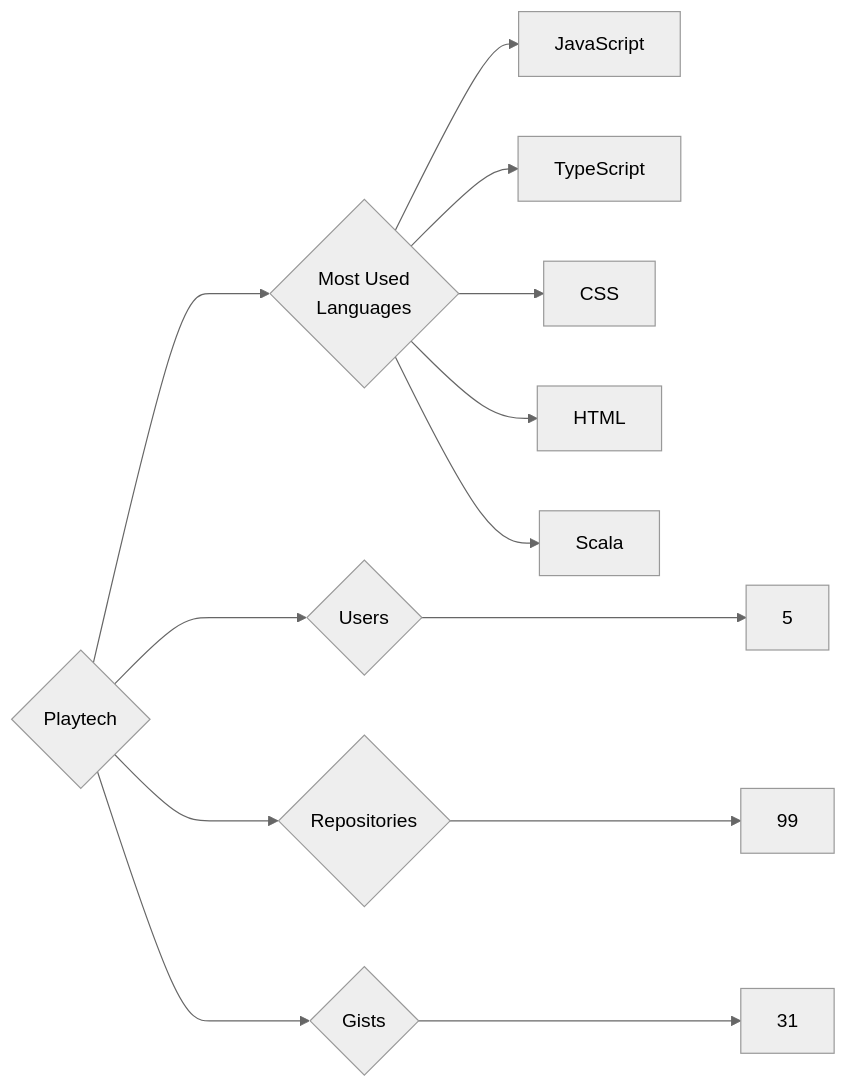
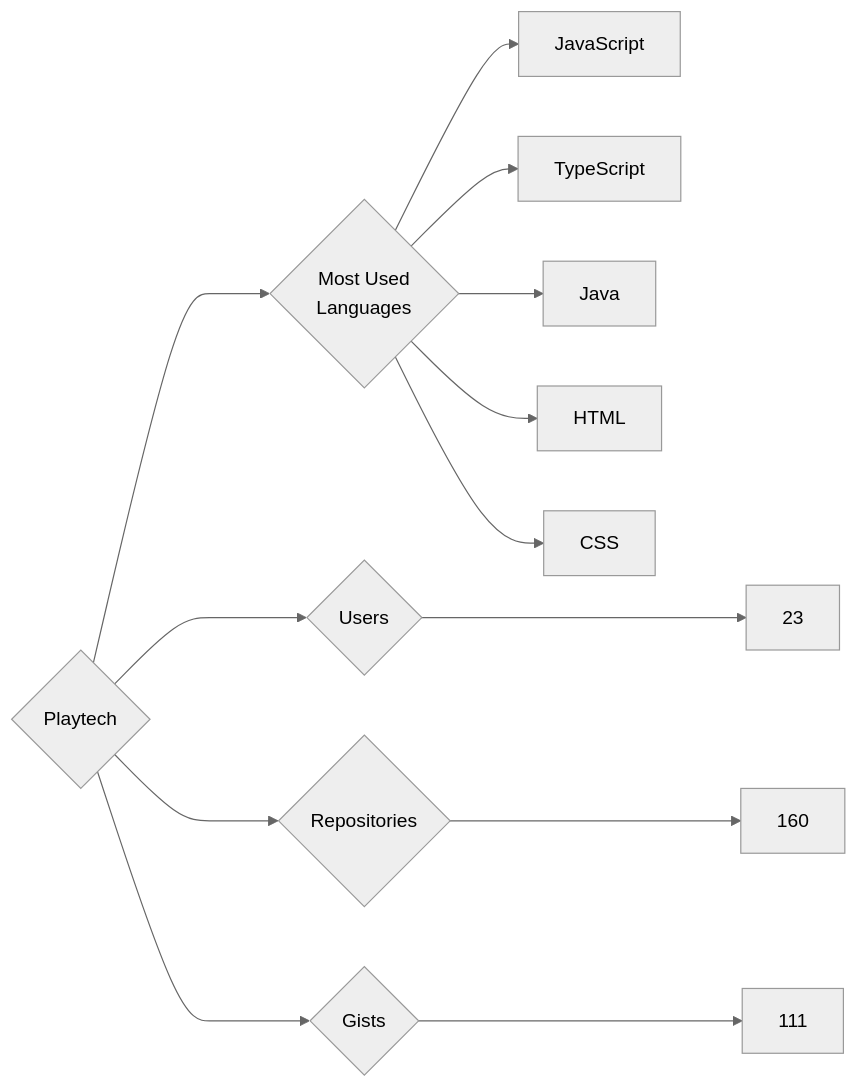
The diagram in targets/Playtech/README.md (trickest/insiders), drawn with Mermaid (neutral theme) before and after one commit. The commit also changed 898 other files, not shown here.

````diff
--- a/targets/Playtech/README.md
+++ b/targets/Playtech/README.md
@@ -3,13 +3,13 @@
 ```mermaid
 graph LR
 COMPANY_NAME{Playtech}
-COMPANY_NAME ---> U{Users} ---> UN[5]
-COMPANY_NAME ---> R{Repositories} ---> RN[99]
-COMPANY_NAME ---> G{Gists} ---> GN[31]
+COMPANY_NAME ---> U{Users} ---> UN[23]
+COMPANY_NAME ---> R{Repositories} ---> RN[160]
+COMPANY_NAME ---> G{Gists} ---> GN[111]
 COMPANY_NAME ---> ML{Most Used<br>Languages}
 ML --> JavaScript[JavaScript]
 ML --> TypeScript[TypeScript]
+ML --> Java[Java]
+ML --> HTML[HTML]
 ML --> CSS[CSS]
-ML --> HTML[HTML]
-ML --> Scala[Scala]
 ```
````
